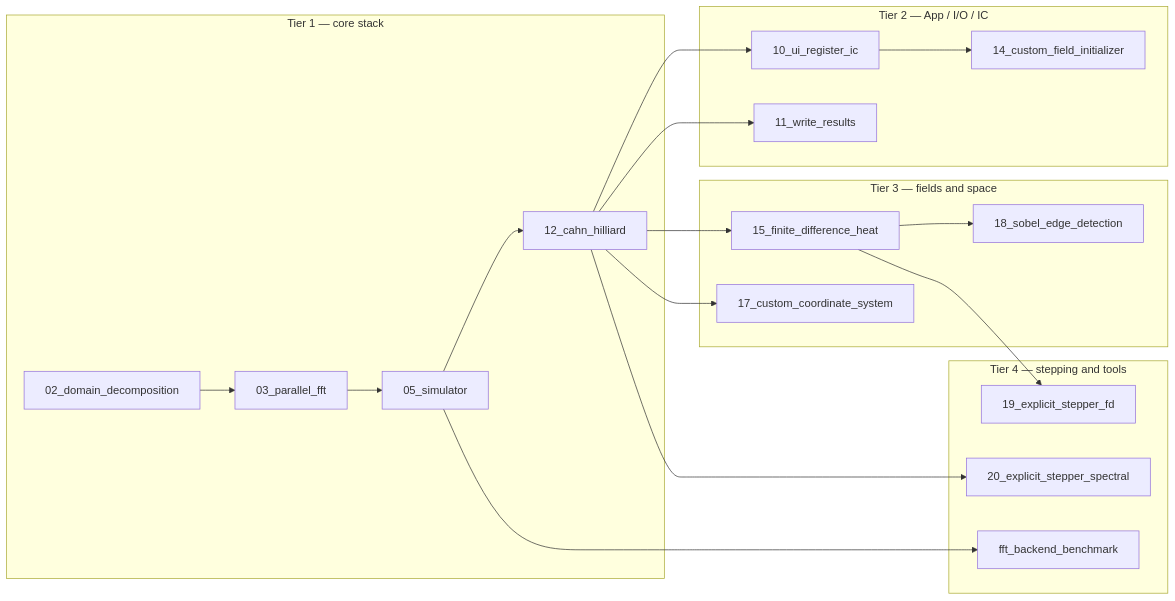
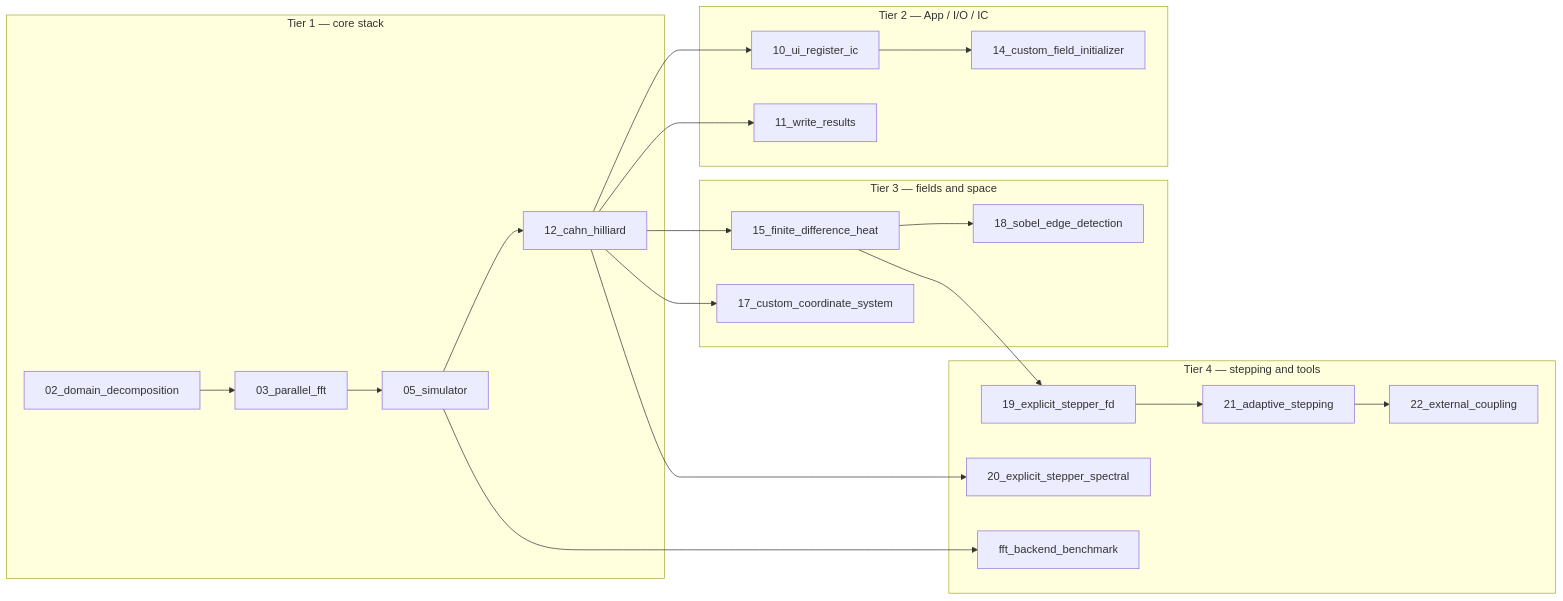
Before and after one commit to VTT-ProperTune/OpenPFC: the diagram in docs/reference/examples_catalog.md, drawn with Mermaid. The commit also changed other lines of this file and 8 other files, not shown here.

````diff
--- a/docs/reference/examples_catalog.md
+++ b/docs/reference/examples_catalog.md
@@ -18,33 +18,37 @@
 ```mermaid
 flowchart LR
   subgraph t1 [Tier 1 — core stack]
     A[02_domain_decomposition]
     B[03_parallel_fft]
     C[05_simulator]
     D[12_cahn_hilliard]
   end
   subgraph t2 [Tier 2 — App / I/O / IC]
     E[10_ui_register_ic]
     F[11_write_results]
     G[14_custom_field_initializer]
   end
   subgraph t3 [Tier 3 — fields and space]
     H[15_finite_difference_heat]
     I[17_custom_coordinate_system]
     J[18_sobel_edge_detection]
   end
   subgraph t4 [Tier 4 — stepping and tools]
     K[19_explicit_stepper_fd]
     L[20_explicit_stepper_spectral]
+    N[21_adaptive_stepping]
+    O[22_external_coupling]
     M[fft_backend_benchmark]
   end
   A --> B --> C --> D
   D --> E
   D --> F
   E --> G
   D --> H --> J
   D --> I
   H --> K
   D --> L
+  K --> N
+  N --> O
   C --> M
 ```
````
